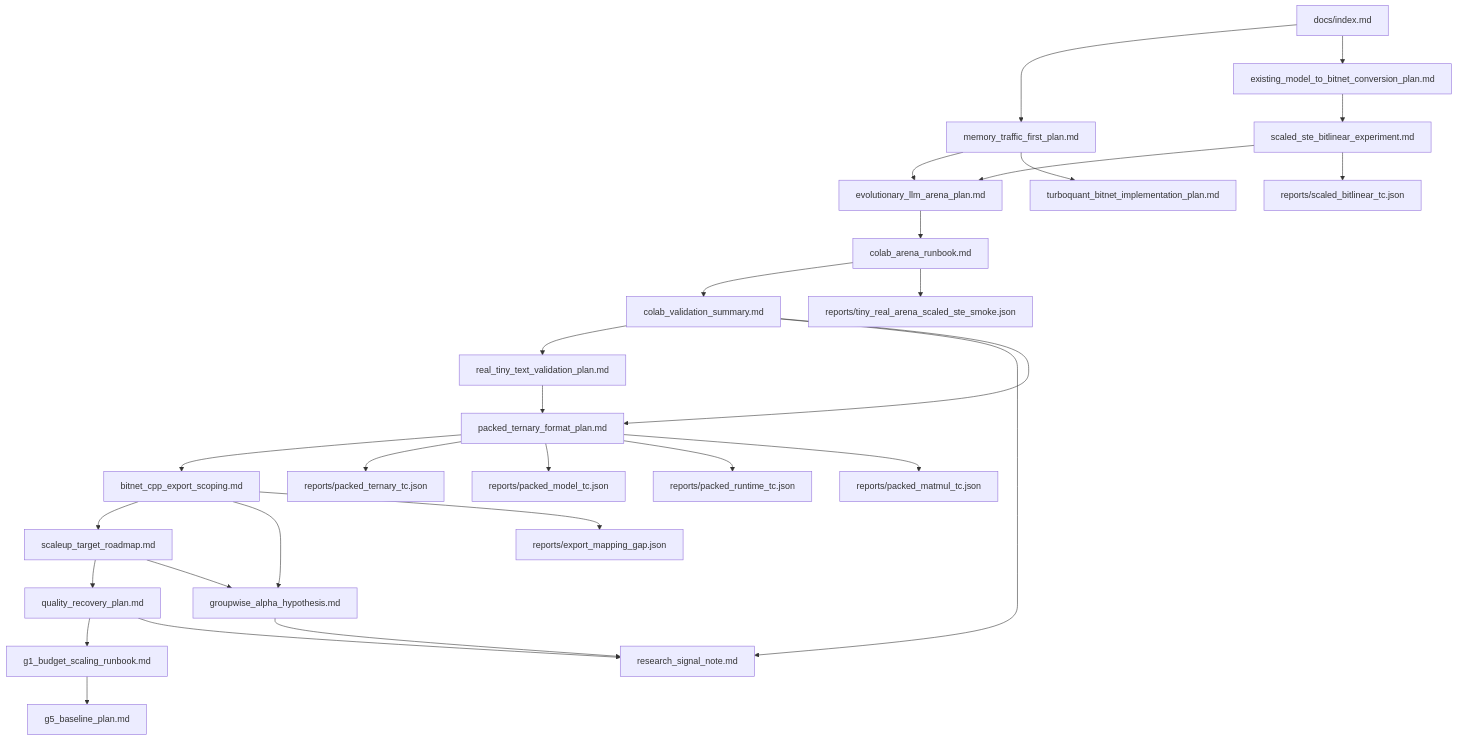
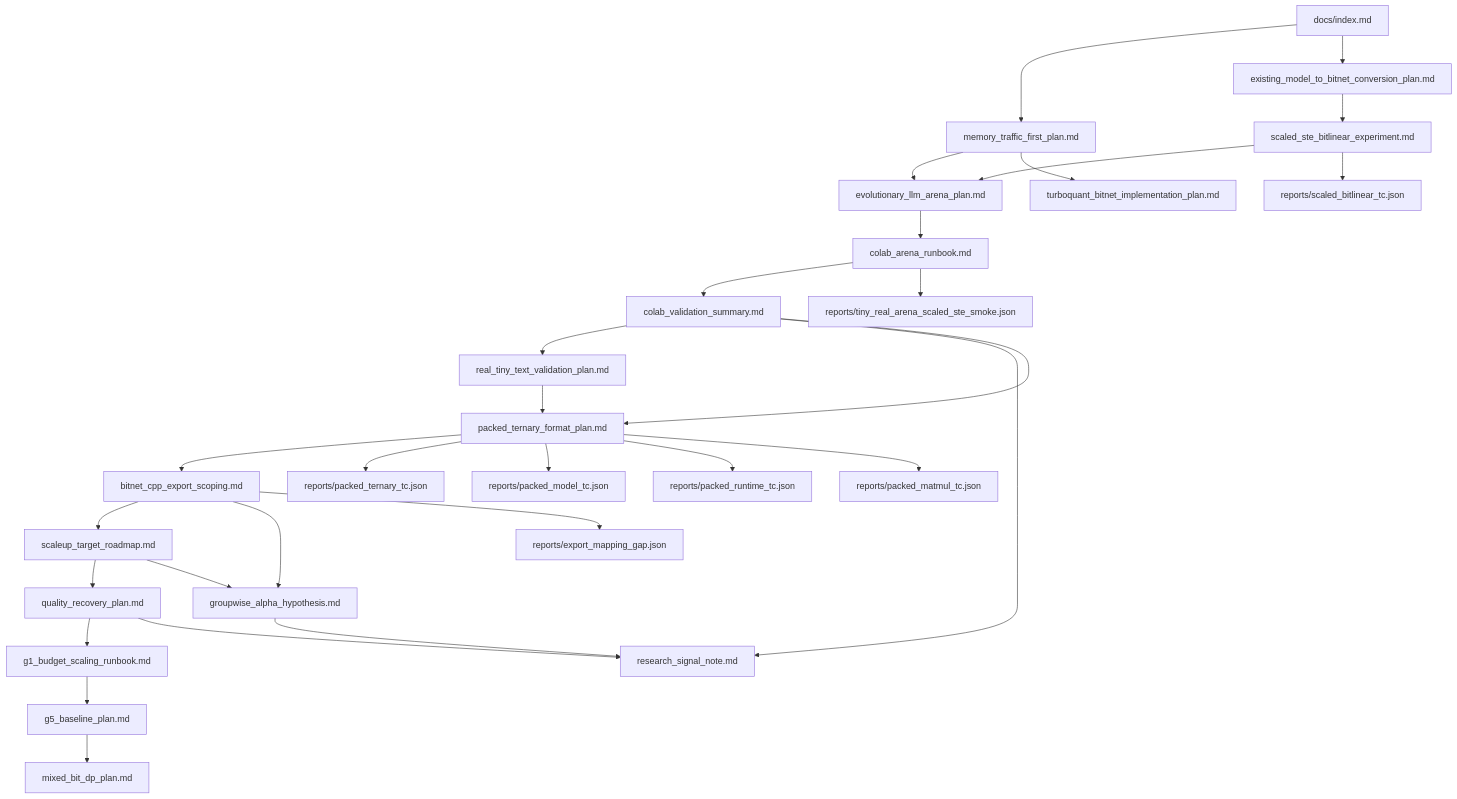
Before and after one commit to gtpk/BitNet-Transformers: the diagram in docs/index.md, drawn with Mermaid. The commit also changed other lines of this file and 3 other files, not shown here.

Commit message:
Plan mixed-bit DP hybrid path

````diff
--- a/docs/index.md
+++ b/docs/index.md
@@ -192,31 +200,32 @@
 ```mermaid
 flowchart TD
   A["docs/index.md"] --> B["memory_traffic_first_plan.md"]
   A --> C["existing_model_to_bitnet_conversion_plan.md"]
   C --> D["scaled_ste_bitlinear_experiment.md"]
   D --> E["evolutionary_llm_arena_plan.md"]
   E --> F["colab_arena_runbook.md"]
   F --> J["colab_validation_summary.md"]
   J --> K["real_tiny_text_validation_plan.md"]
   J --> L["research_signal_note.md"]
   J --> M["packed_ternary_format_plan.md"]
   K --> M["packed_ternary_format_plan.md"]
   M --> R["bitnet_cpp_export_scoping.md"]
   R --> U["scaleup_target_roadmap.md"]
   U --> V["quality_recovery_plan.md"]
   V --> W["g1_budget_scaling_runbook.md"]
   W --> X["g5_baseline_plan.md"]
+  X --> Y["mixed_bit_dp_plan.md"]
   R --> T["groupwise_alpha_hypothesis.md"]
   U --> T
   V --> L
   T --> L
   B --> E
   B --> G["turboquant_bitnet_implementation_plan.md"]
   F --> H["reports/tiny_real_arena_scaled_ste_smoke.json"]
   D --> I["reports/scaled_bitlinear_tc.json"]
   M --> N["reports/packed_ternary_tc.json"]
   M --> O["reports/packed_model_tc.json"]
   M --> P["reports/packed_runtime_tc.json"]
   M --> Q["reports/packed_matmul_tc.json"]
   R --> S["reports/export_mapping_gap.json"]
 ```
````
